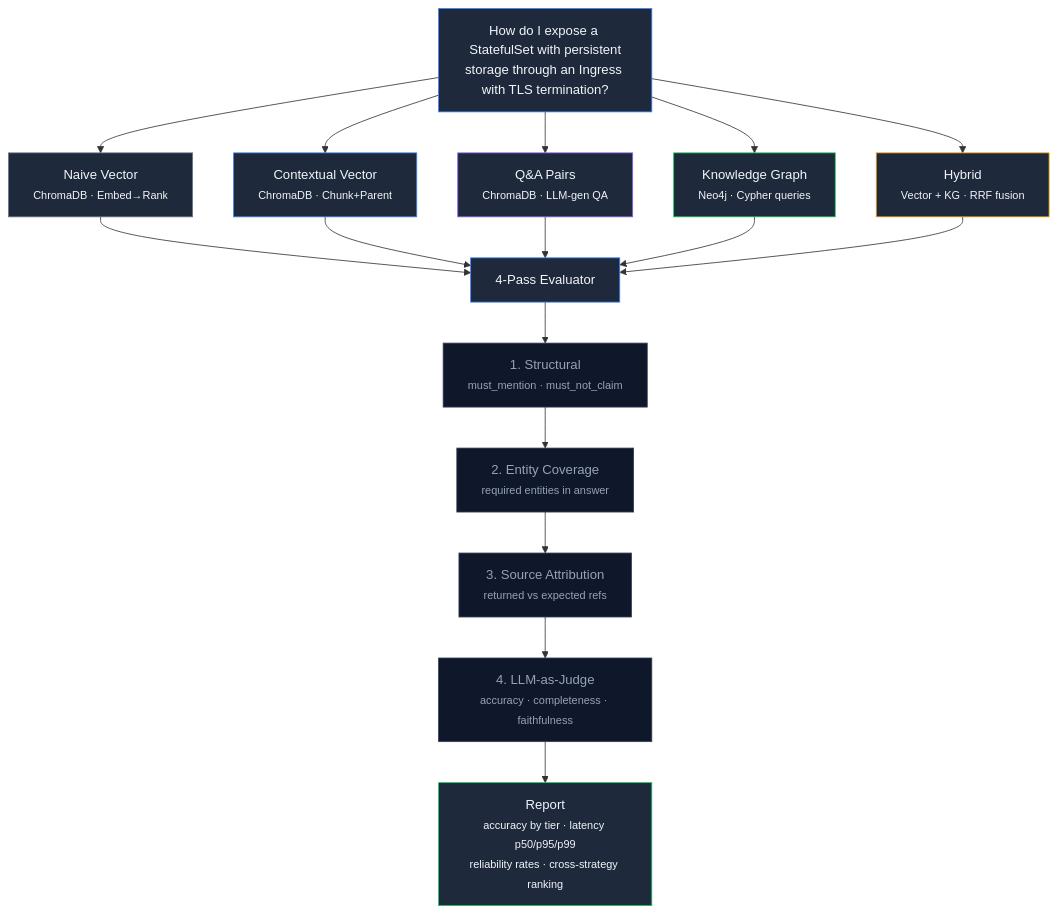
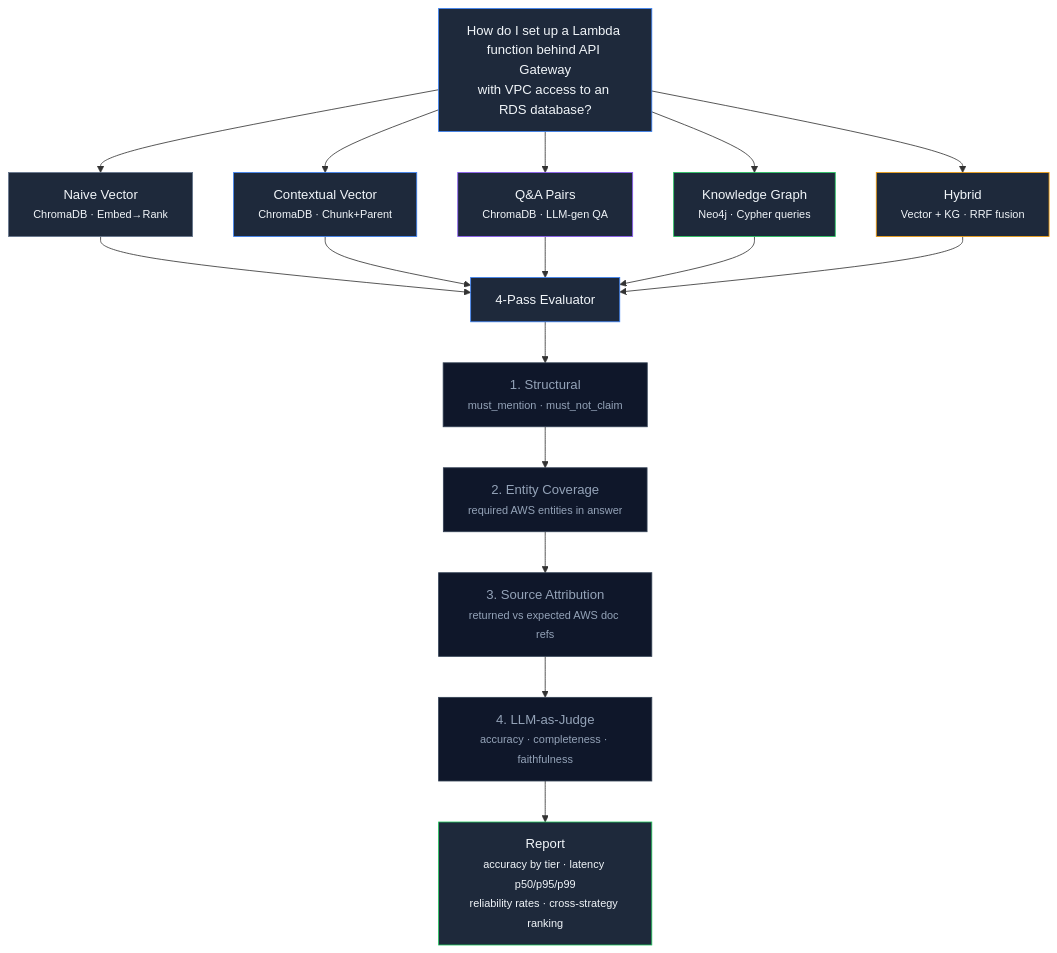
Before and after one commit to xmpuspus/kb-arena: the diagram in README.md, drawn with Mermaid. The commit also changed other lines of this file and 79 other files, not shown here.

````diff
--- a/README.md
+++ b/README.md
@@ -9,36 +9,36 @@
 ```mermaid
 graph TD
-    Q["How do I expose a StatefulSet with persistent<br/>storage through an Ingress with TLS termination?"]
+    Q["How do I set up a Lambda function behind API Gateway<br/>with VPC access to an RDS database?"]
 
     Q --> S1["Naive Vector<br/><small>ChromaDB · Embed→Rank</small>"]
     Q --> S2["Contextual Vector<br/><small>ChromaDB · Chunk+Parent</small>"]
     Q --> S3["Q&A Pairs<br/><small>ChromaDB · LLM-gen QA</small>"]
     Q --> S4["Knowledge Graph<br/><small>Neo4j · Cypher queries</small>"]
     Q --> S5["Hybrid<br/><small>Vector + KG · RRF fusion</small>"]
 
     S1 --> E["4-Pass Evaluator"]
     S2 --> E
     S3 --> E
     S4 --> E
     S5 --> E
 
     E --> P1["1. Structural<br/><small>must_mention · must_not_claim</small>"]
-    P1 --> P2["2. Entity Coverage<br/><small>required entities in answer</small>"]
-    P2 --> P3["3. Source Attribution<br/><small>returned vs expected refs</small>"]
+    P1 --> P2["2. Entity Coverage<br/><small>required AWS entities in answer</small>"]
+    P2 --> P3["3. Source Attribution<br/><small>returned vs expected AWS doc refs</small>"]
     P3 --> P4["4. LLM-as-Judge<br/><small>accuracy · completeness · faithfulness</small>"]
 
     P4 --> R["Report<br/><small>accuracy by tier · latency p50/p95/p99<br/>reliability rates · cross-strategy ranking</small>"]
 
     style Q fill:#1e293b,stroke:#3b82f6,color:#f1f5f9
     style S1 fill:#1e293b,stroke:#64748b,color:#f1f5f9
     style S2 fill:#1e293b,stroke:#3b82f6,color:#f1f5f9
     style S3 fill:#1e293b,stroke:#8b5cf6,color:#f1f5f9
     style S4 fill:#1e293b,stroke:#22c55e,color:#f1f5f9
     style S5 fill:#1e293b,stroke:#f59e0b,color:#f1f5f9
     style E fill:#1e293b,stroke:#3b82f6,color:#f1f5f9
     style P1 fill:#0f172a,stroke:#334155,color:#94a3b8
     style P2 fill:#0f172a,stroke:#334155,color:#94a3b8
     style P3 fill:#0f172a,stroke:#334155,color:#94a3b8
     style P4 fill:#0f172a,stroke:#334155,color:#94a3b8
     style R fill:#1e293b,stroke:#22c55e,color:#f1f5f9
 ```
````
